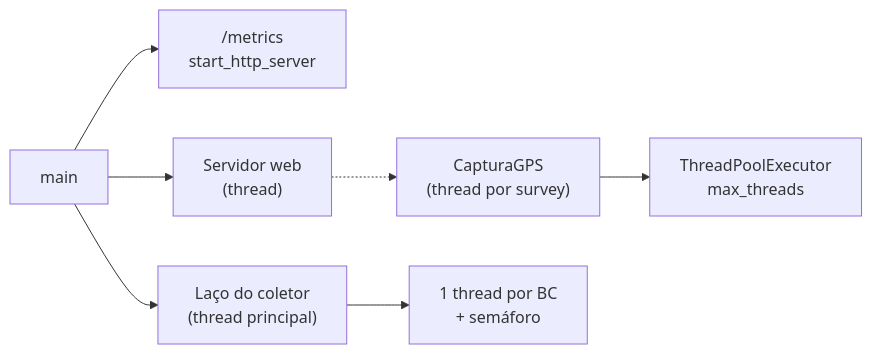
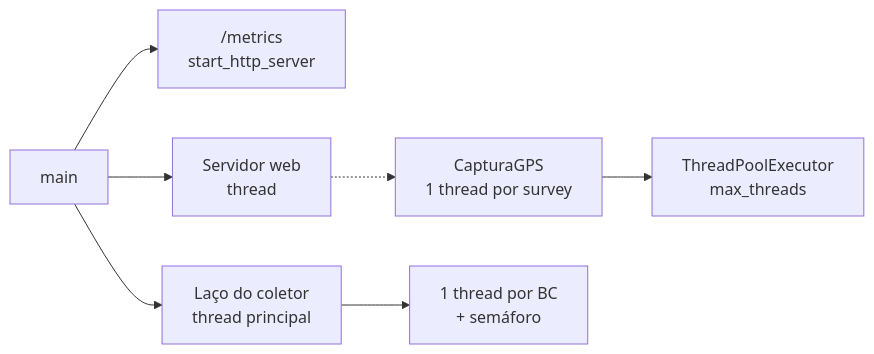
The second of 3 diagrams in ARQUITETURA.md (Mrluuh12/aluno), drawn with Mermaid before and after one commit. The commit also changed other lines of this file, not shown here.

````diff
--- a/ARQUITETURA.md
+++ b/ARQUITETURA.md
@@ -152,9 +380,9 @@
 ```mermaid
 flowchart LR
     M[main] --> H["/metrics<br/>start_http_server"]
-    M --> W["Servidor web<br/>(thread)"]
-    M --> C["Laço do coletor<br/>(thread principal)"]
-    W -.-> S["CapturaGPS<br/>(thread por survey)"]
+    M --> W["Servidor web<br/>thread"]
+    M --> C["Laço do coletor<br/>thread principal"]
+    W -.-> S["CapturaGPS<br/>1 thread por survey"]
     S --> TP["ThreadPoolExecutor<br/>max_threads"]
     C --> TH["1 thread por BC<br/>+ semáforo"]
 ```
````
